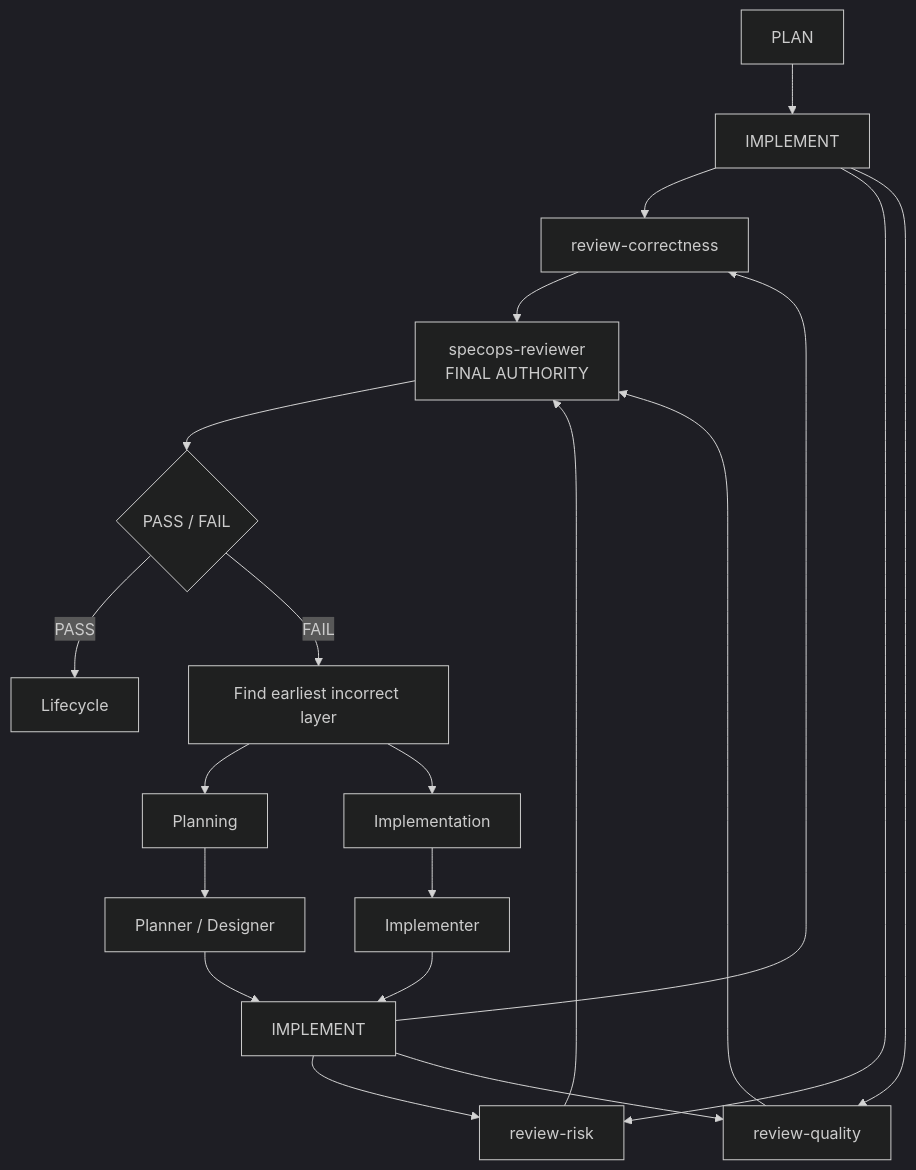
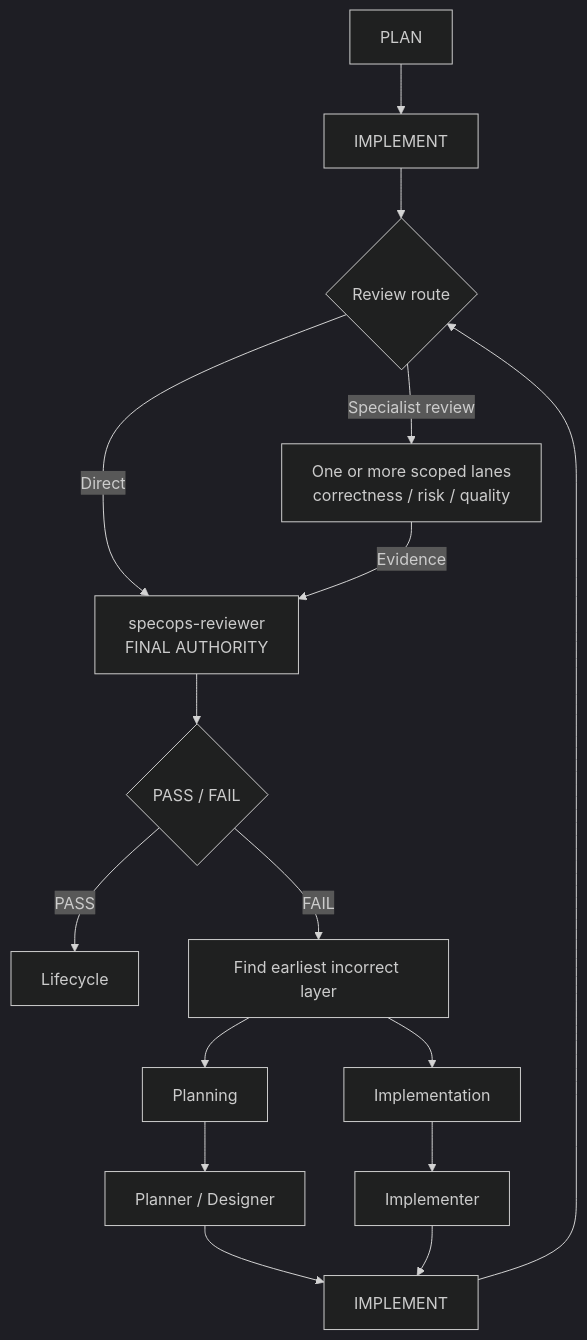
One commit to jrpbuilds/specops-opencode changed the diagram in docs/how-it-works.md. Above: the diagram before and after it, drawn with Mermaid (dark theme). The commit also changed other lines of this file and 10 other files, not shown here.

First line of the commit message:
feat: support dynamic specialist evidence across review lanes

````diff
--- a/docs/how-it-works.md
+++ b/docs/how-it-works.md
@@ -9,22 +9,18 @@
 ```mermaid
 flowchart TD
     A[PLAN] --> B[IMPLEMENT]
-    B --> C1[review-correctness]
-    B --> C2[review-risk]
-    B --> C3[review-quality]
-    C1 --> D[specops-reviewer<br/>FINAL AUTHORITY]
-    C2 --> D
-    C3 --> D
+    B --> C{Review route}
+    C -->|Direct| D[specops-reviewer<br/>FINAL AUTHORITY]
+    C -->|Specialist review| S[One or more scoped lanes<br/>correctness / risk / quality]
+    S -->|Evidence| D
     D --> E{PASS / FAIL}
     E -->|PASS| F[Lifecycle]
     E -->|FAIL| G[Find earliest incorrect layer]
     G --> H[Planning]
     G --> I[Implementation]
     H --> J[Planner / Designer]
     I --> K[Implementer]
     J --> L[IMPLEMENT]
     K --> L
-    L --> C1
-    L --> C2
-    L --> C3
+    L --> C
 ```
````
